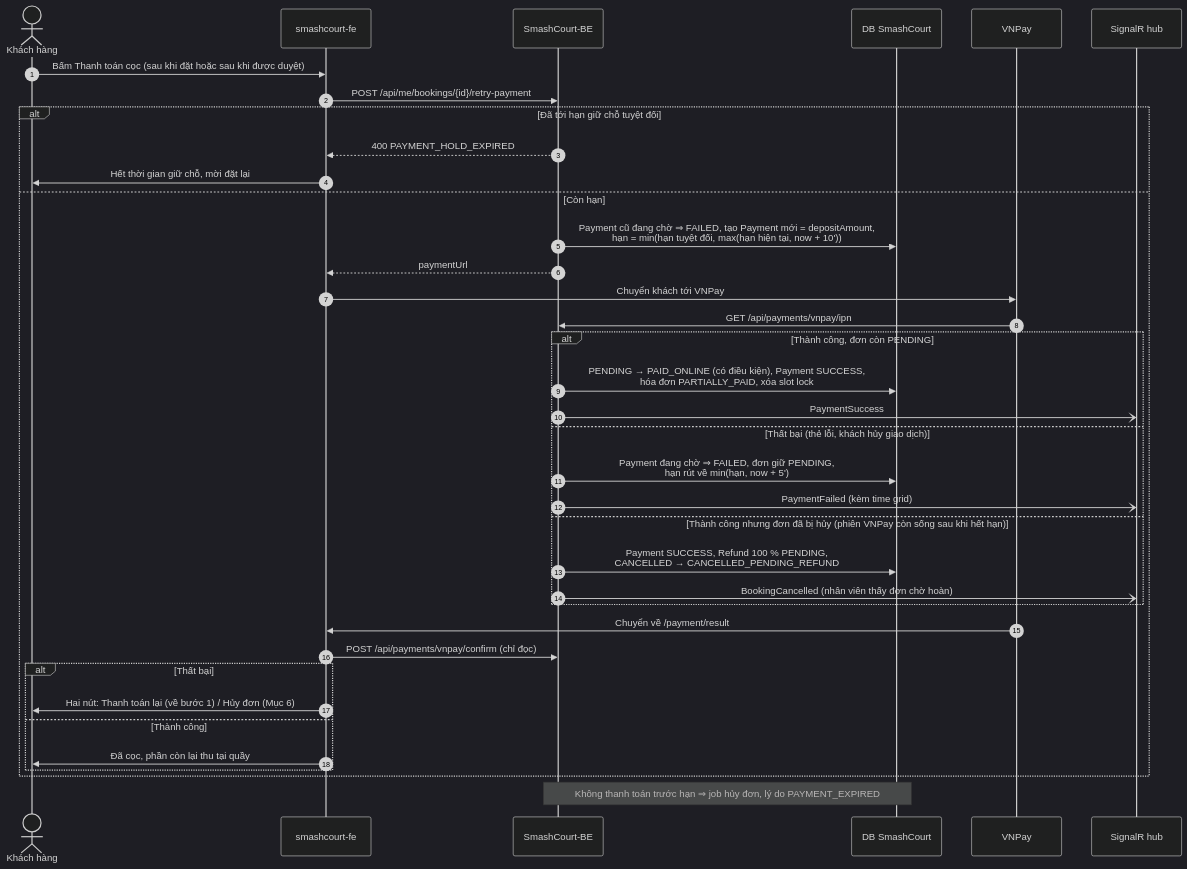
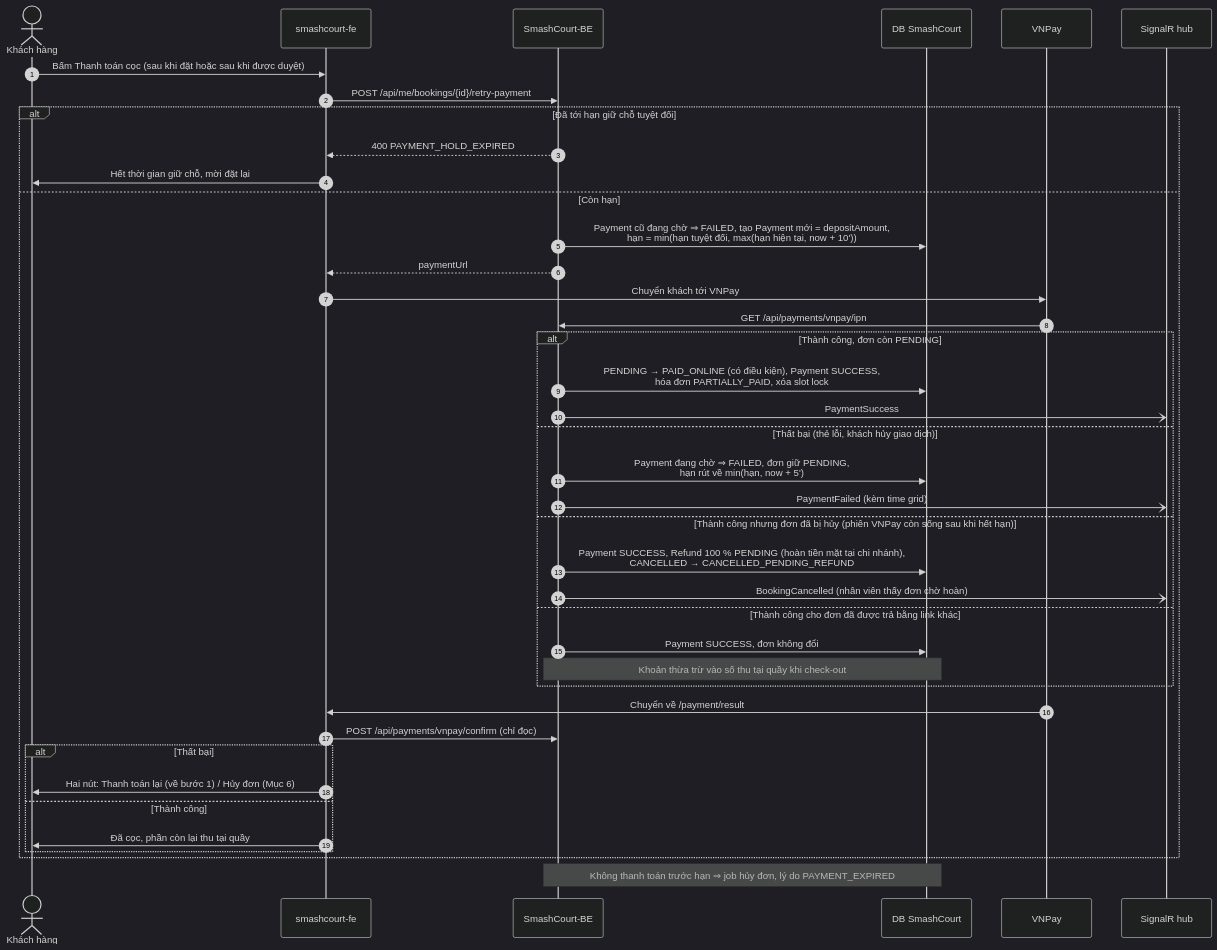
Before and after one commit to NguyenThanhTrung-N2T/TrustworthyAdaptiveDecisionSupportSystem-TADSS: the fifth of 6 diagrams in docs/report/SEQUENCE_DIAGRAMS.md, drawn with Mermaid (dark theme). The commit also changed other lines of this file and 2 other files, not shown here.

First line of the commit message:
docs(phase6): 6A-4 plan and results; cancellation, payment result and checkout design; Phase 6 regression review

````diff
--- a/docs/report/SEQUENCE_DIAGRAMS.md
+++ b/docs/report/SEQUENCE_DIAGRAMS.md
@@ -242,40 +242,43 @@
 ```mermaid
 sequenceDiagram
     autonumber
     actor C as Khách hàng
     participant FE as smashcourt-fe
     participant BE as SmashCourt-BE
     participant DB as DB SmashCourt
     participant V as VNPay
     participant H as SignalR hub
 
     C->>FE: Bấm Thanh toán cọc (sau khi đặt hoặc sau khi được duyệt)
     FE->>BE: POST /api/me/bookings/{id}/retry-payment
     alt Đã tới hạn giữ chỗ tuyệt đối
         BE-->>FE: 400 PAYMENT_HOLD_EXPIRED
         FE->>C: Hết thời gian giữ chỗ, mời đặt lại
     else Còn hạn
         BE->>DB: Payment cũ đang chờ ⇒ FAILED, tạo Payment mới = depositAmount,<br/>hạn = min(hạn tuyệt đối, max(hạn hiện tại, now + 10'))
         BE-->>FE: paymentUrl
         FE->>V: Chuyển khách tới VNPay
         V->>BE: GET /api/payments/vnpay/ipn
         alt Thành công, đơn còn PENDING
             BE->>DB: PENDING → PAID_ONLINE (có điều kiện), Payment SUCCESS,<br/>hóa đơn PARTIALLY_PAID, xóa slot lock
             BE-)H: PaymentSuccess
         else Thất bại (thẻ lỗi, khách hủy giao dịch)
             BE->>DB: Payment đang chờ ⇒ FAILED, đơn giữ PENDING,<br/>hạn rút về min(hạn, now + 5')
             BE-)H: PaymentFailed (kèm time grid)
         else Thành công nhưng đơn đã bị hủy (phiên VNPay còn sống sau khi hết hạn)
-            BE->>DB: Payment SUCCESS, Refund 100 % PENDING,<br/>CANCELLED → CANCELLED_PENDING_REFUND
+            BE->>DB: Payment SUCCESS, Refund 100 % PENDING (hoàn tiền mặt tại chi nhánh),<br/>CANCELLED → CANCELLED_PENDING_REFUND
             BE-)H: BookingCancelled (nhân viên thấy đơn chờ hoàn)
+        else Thành công cho đơn đã được trả bằng link khác
+            BE->>DB: Payment SUCCESS, đơn không đổi
+            Note over BE,DB: Khoản thừa trừ vào số thu tại quầy khi check-out
         end
         V->>FE: Chuyển về /payment/result
         FE->>BE: POST /api/payments/vnpay/confirm (chỉ đọc)
         alt Thất bại
             FE->>C: Hai nút: Thanh toán lại (về bước 1) / Hủy đơn (Mục 6)
         else Thành công
             FE->>C: Đã cọc, phần còn lại thu tại quầy
         end
     end
     Note over BE,DB: Không thanh toán trước hạn ⇒ job hủy đơn, lý do PAYMENT_EXPIRED
 ```
````
